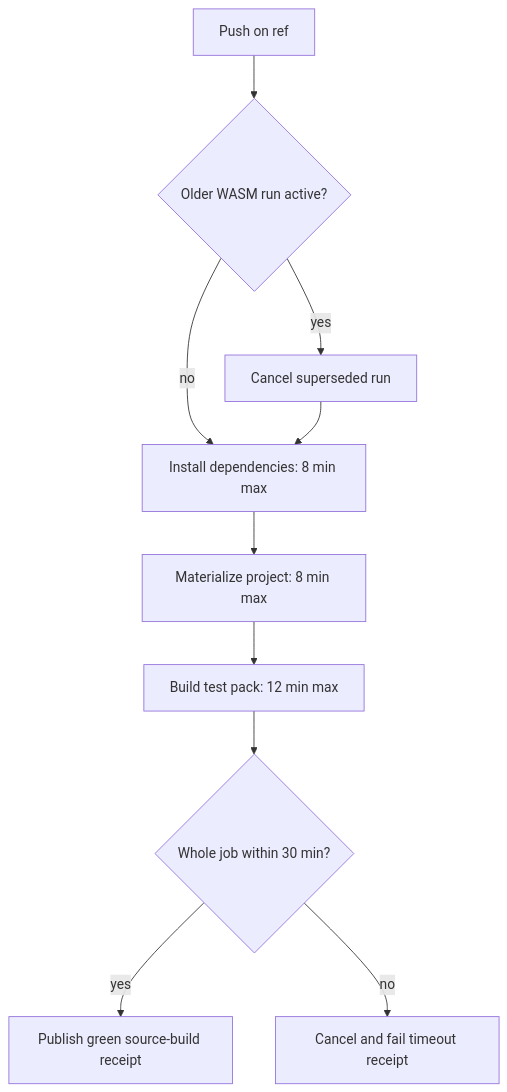
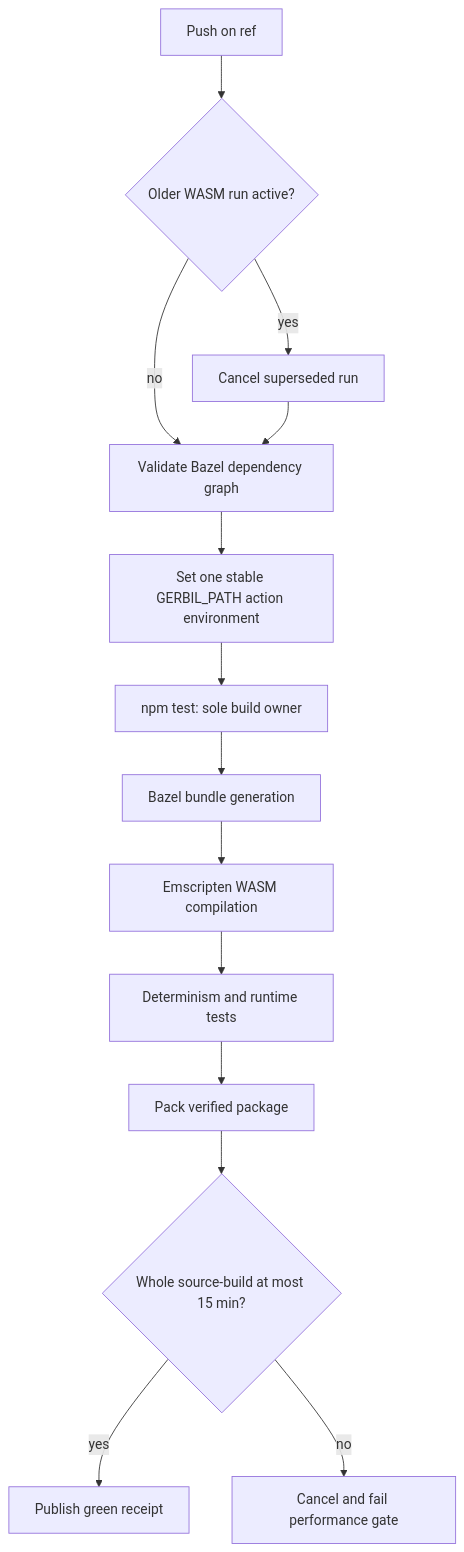
Before and after one commit to tao3k/poo-flow: diagram 20 of 20 in docs/10-19-design/10.06-poo-module-system/156-gerbil-bazel-pr29-downstream-performance-receipt.org, drawn with Mermaid. The commit also changed other lines of this file and 4 other files, not shown here.

```diff
--- a/docs/10-19-design/10.06-poo-module-system/156-gerbil-bazel-pr29-downstream-performance-receipt.org
+++ b/docs/10-19-design/10.06-poo-module-system/156-gerbil-bazel-pr29-downstream-performance-receipt.org
@@ -1438,12 +1443,16 @@
 #+begin_src mermaid
 flowchart TD
     P[Push on ref] --> C{Older WASM run active?}
     C -->|yes| X[Cancel superseded run]
-    C -->|no| I[Install dependencies: 8 min max]
-    X --> I
-    I --> M[Materialize project: 8 min max]
-    M --> B[Build test pack: 12 min max]
-    B --> J{Whole job within 30 min?}
-    J -->|yes| S[Publish green source-build receipt]
-    J -->|no| F[Cancel and fail timeout receipt]
+    C -->|no| G[Validate Bazel dependency graph]
+    X --> G
+    G --> E[Set one stable GERBIL_PATH action environment]
+    E --> N[npm test: sole build owner]
+    N --> B[Bazel bundle generation]
+    B --> W[Emscripten WASM compilation]
+    W --> D[Determinism and runtime tests]
+    D --> K[Pack verified package]
+    K --> J{Whole source-build at most 15 min?}
+    J -->|yes| S[Publish green receipt]
+    J -->|no| F[Cancel and fail performance gate]
 #+end_src
```
